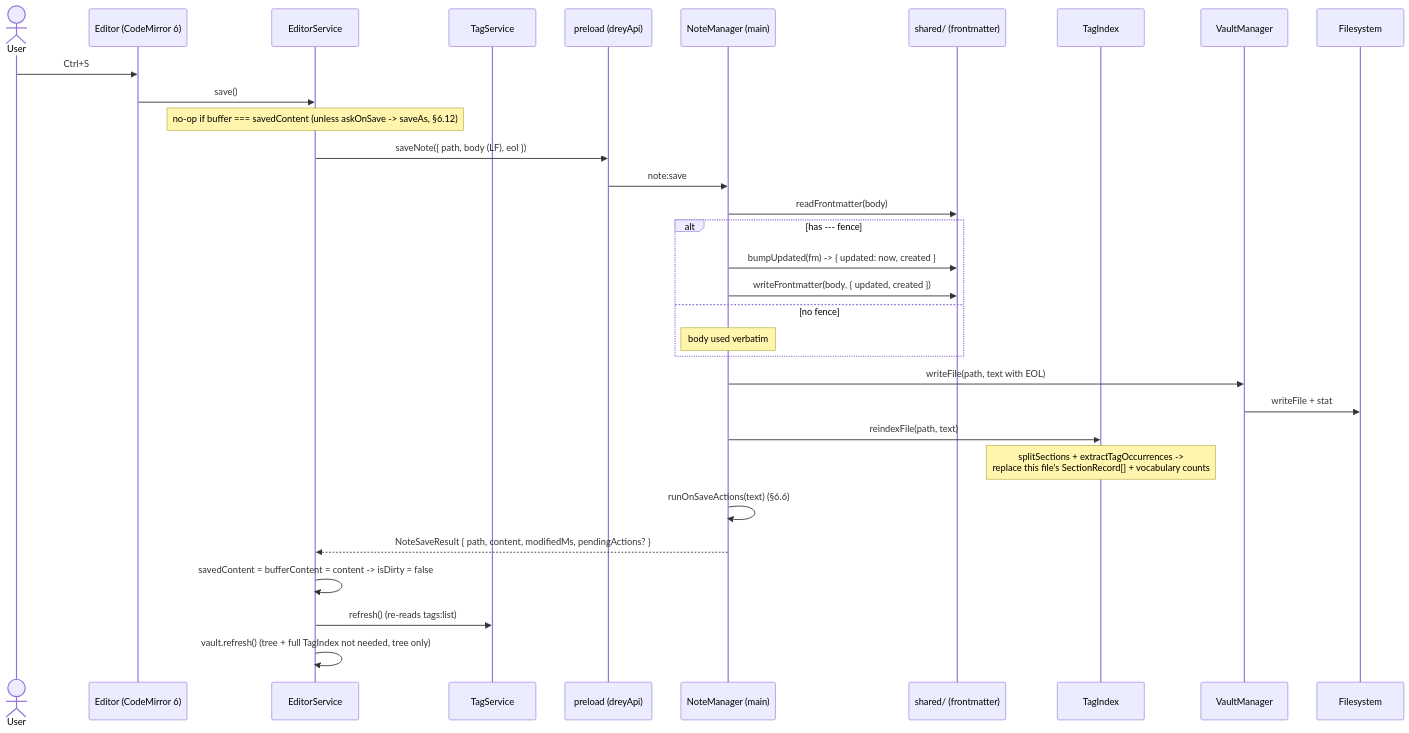
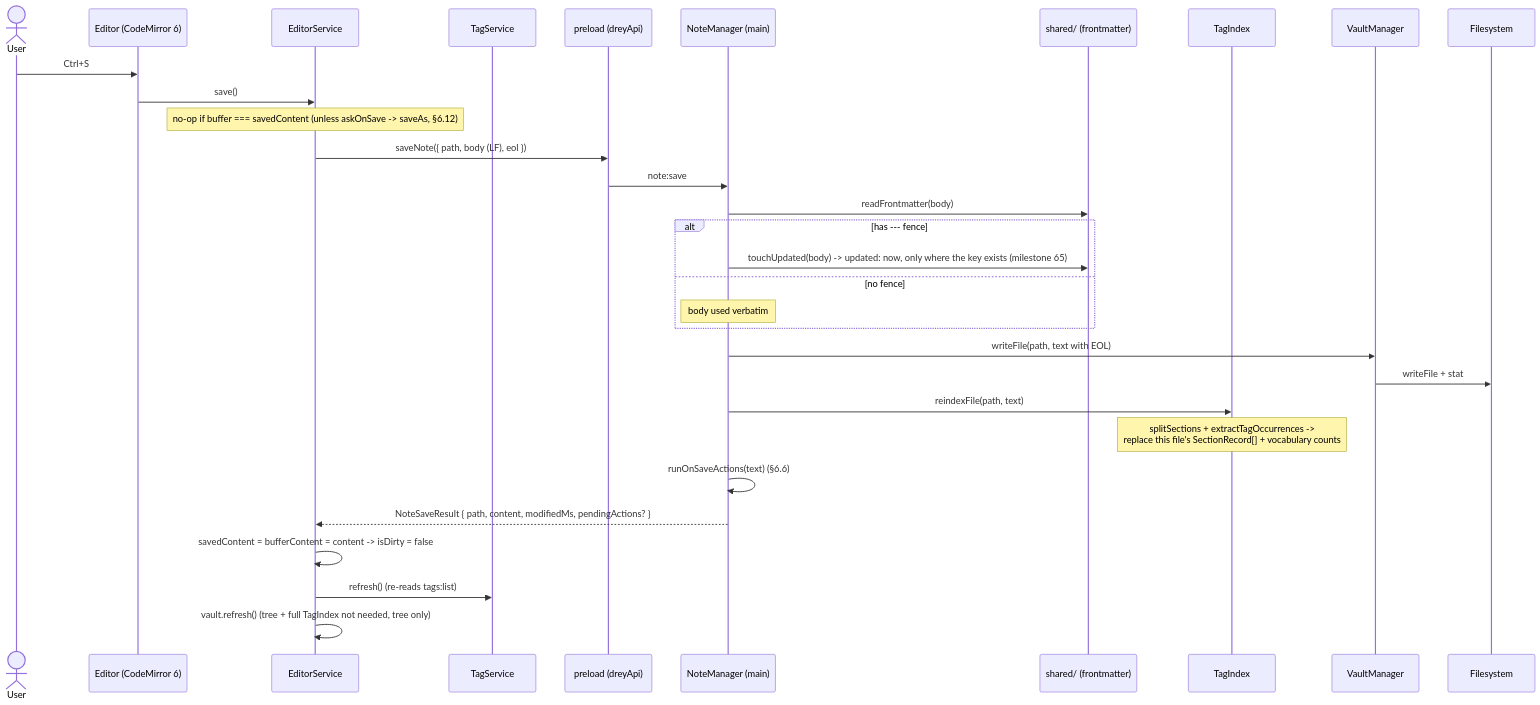
Diagram 11 of 57 in docs/06_runtime_view.md (HenrikPuls/Drey), drawn with Mermaid before and after one commit. The commit also changed other lines of this file and 45 other files, not shown here.

````diff
--- a/docs/06_runtime_view.md
+++ b/docs/06_runtime_view.md
@@ -667,35 +667,34 @@
 ```mermaid
 sequenceDiagram
     actor User
     participant Editor as Editor (CodeMirror 6)
     participant EditorService
     participant TagService
     participant Preload as preload (dreyApi)
     participant NoteManager as NoteManager (main)
     participant Pure as shared/ (frontmatter)
     participant TagIndex
     participant VaultManager
     participant FS as Filesystem
 
     User->>Editor: Ctrl+S
     Editor->>EditorService: save()
     Note over EditorService: no-op if buffer === savedContent (unless askOnSave -> saveAs, §6.12)
     EditorService->>Preload: saveNote({ path, body (LF), eol })
     Preload->>NoteManager: note:save
     NoteManager->>Pure: readFrontmatter(body)
     alt has --- fence
-        NoteManager->>Pure: bumpUpdated(fm) -> { updated: now, created }
-        NoteManager->>Pure: writeFrontmatter(body, { updated, created })
+        NoteManager->>Pure: touchUpdated(body) -> updated: now, only where the key exists (milestone 65)
     else no fence
         Note over NoteManager: body used verbatim
     end
     NoteManager->>VaultManager: writeFile(path, text with EOL)
     VaultManager->>FS: writeFile + stat
     NoteManager->>TagIndex: reindexFile(path, text)
     Note over TagIndex: splitSections + extractTagOccurrences -><br/>replace this file's SectionRecord[] + vocabulary counts
     NoteManager->>NoteManager: runOnSaveActions(text)  (§6.6)
     NoteManager-->>EditorService: NoteSaveResult { path, content, modifiedMs, pendingActions? }
     EditorService->>EditorService: savedContent = bufferContent = content -> isDirty = false
     EditorService->>TagService: refresh()  (re-reads tags:list)
     EditorService->>EditorService: vault.refresh()  (tree + full TagIndex not needed, tree only)
 ```
````
